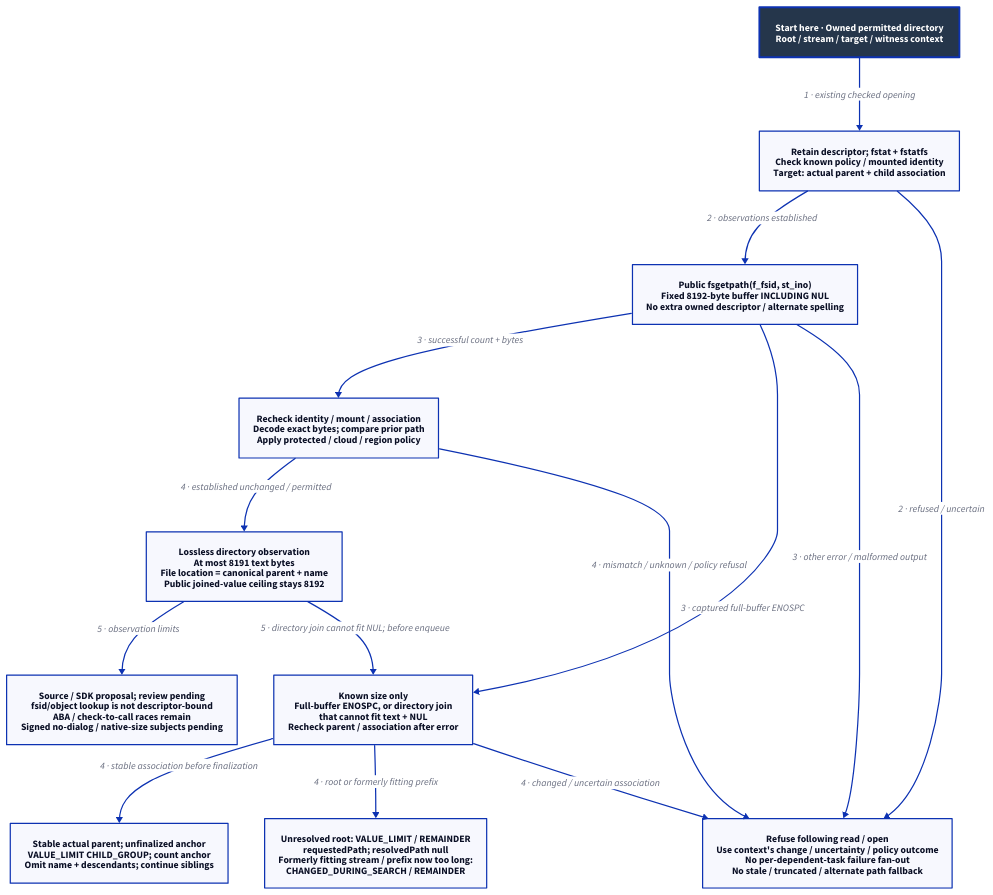
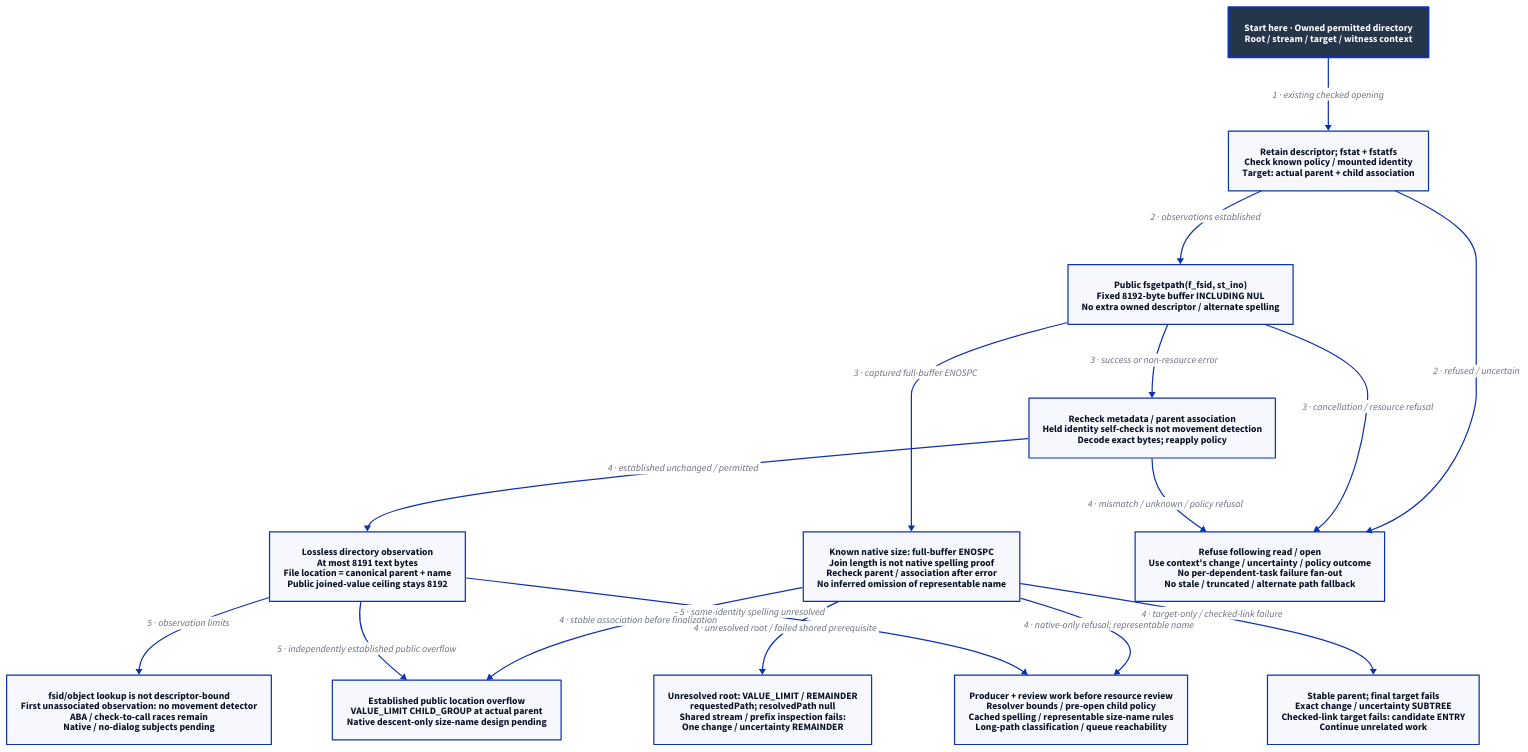
Before and after one commit to Linkuistics/Koine: the diagram in docs/design/architecture/search-canonical.d2, drawn with D2. The commit also changed 31 other files, not shown here.

First line of the commit message:
search-canonical-paths-k121: integrate canonical-path review

```diff
--- a/docs/design/architecture/search-canonical.d2
+++ b/docs/design/architecture/search-canonical.d2
@@ -1,28 +1,32 @@
-# Proposed private operation; observation checks are not atomic binding.
+# Private call proposal and review repairs; unresolved path design is explicit.
 direction: down
 classes: {
   start: {style: {fill: "#25364B"; font-color: "#FFFFFF"; bold: true; stroke-width: 3}}
 }
 Start: "Start here · Owned permitted directory\nRoot / stream / target / witness context" {class: start}
 Before: "Retain descriptor; fstat + fstatfs\nCheck known policy / mounted identity\nTarget: actual parent + child association"
 Call: "Public fsgetpath(f_fsid, st_ino)\nFixed 8192-byte buffer INCLUDING NUL\nNo extra owned descriptor / alternate spelling"
-After: "Recheck identity / mount / association\nDecode exact bytes; compare prior path\nApply protected / cloud / region policy"
+After: "Recheck metadata / parent association\nHeld identity self-check is not movement detection\nDecode exact bytes; reapply policy"
 Path: "Lossless directory observation\nAt most 8191 text bytes\nFile location = canonical parent + name\nPublic joined-value ceiling stays 8192"
-Size: "Known size only\nFull-buffer ENOSPC, or directory join\nthat cannot fit text + NUL\nRecheck parent / association after error"
-Parent: "Stable actual parent; unfinalized anchor\nVALUE_LIMIT CHILD_GROUP; count anchor\nOmit name + descendants; continue siblings"
-Root: "Unresolved root: VALUE_LIMIT / REMAINDER\nrequestedPath; resolvedPath null\nFormerly fitting stream / prefix now too long:\nCHANGED_DURING_SEARCH / REMAINDER"
+Size: "Known native size: full-buffer ENOSPC\nJoin length is not native spelling proof\nRecheck parent / association after error\nNo inferred omission of representable name"
+Parent: "Established public location overflow\nVALUE_LIMIT CHILD_GROUP at actual parent\nNative descent-only size-name design pending"
+Root: "Unresolved root: VALUE_LIMIT / REMAINDER\nrequestedPath; resolvedPath null\nShared stream / prefix inspection fails:\nOne change / uncertainty REMAINDER"
 Failure: "Refuse following read / open\nUse context's change / uncertainty / policy outcome\nNo per-dependent-task failure fan-out\nNo stale / truncated / alternate path fallback"
-Limit: "Source / SDK proposal; review pending\nfsid/object lookup is not descriptor-bound\nABA / check-to-call races remain\nSigned no-dialog / native-size subjects pending"
+Exact: "Stable parent; final target fails\nExact change / uncertainty SUBTREE\nChecked-link target fails: candidate ENTRY\nContinue unrelated work"
+Design: "Producer + review work before resource review\nResolver bounds / pre-open child policy\nCached spelling / representable size-name rules\nLong-path classification / queue reachability"
+Limit: "fsid/object lookup is not descriptor-bound\nFirst unassociated observation: no movement detector\nABA / check-to-call races remain\nNative / no-dialog subjects pending"
 Start -> Before: "1 · existing checked opening"
 Before -> Call: "2 · observations established"
 Before -> Failure: "2 · refused / uncertain"
-Call -> After: "3 · successful count + bytes"
+Call -> After: "3 · success or non-resource error"
 Call -> Size: "3 · captured full-buffer ENOSPC"
-Call -> Failure: "3 · other error / malformed output"
+Call -> Failure: "3 · cancellation / resource refusal"
 After -> Path: "4 · established unchanged / permitted"
 After -> Failure: "4 · mismatch / unknown / policy refusal"
 Size -> Parent: "4 · stable association before finalization"
-Size -> Root: "4 · root or formerly fitting prefix"
-Size -> Failure: "4 · changed / uncertain association"
+Size -> Root: "4 · unresolved root / failed shared prerequisite"
+Size -> Exact: "4 · target-only / checked-link failure"
+Size -> Design: "4 · native-only refusal; representable name"
 Path -> Limit: "5 · observation limits"
-Path -> Size: "5 · directory join cannot fit NUL; before enqueue"
+Path -> Parent: "5 · independently established public overflow"
+Path -> Design: "5 · same-identity spelling unresolved"
```
